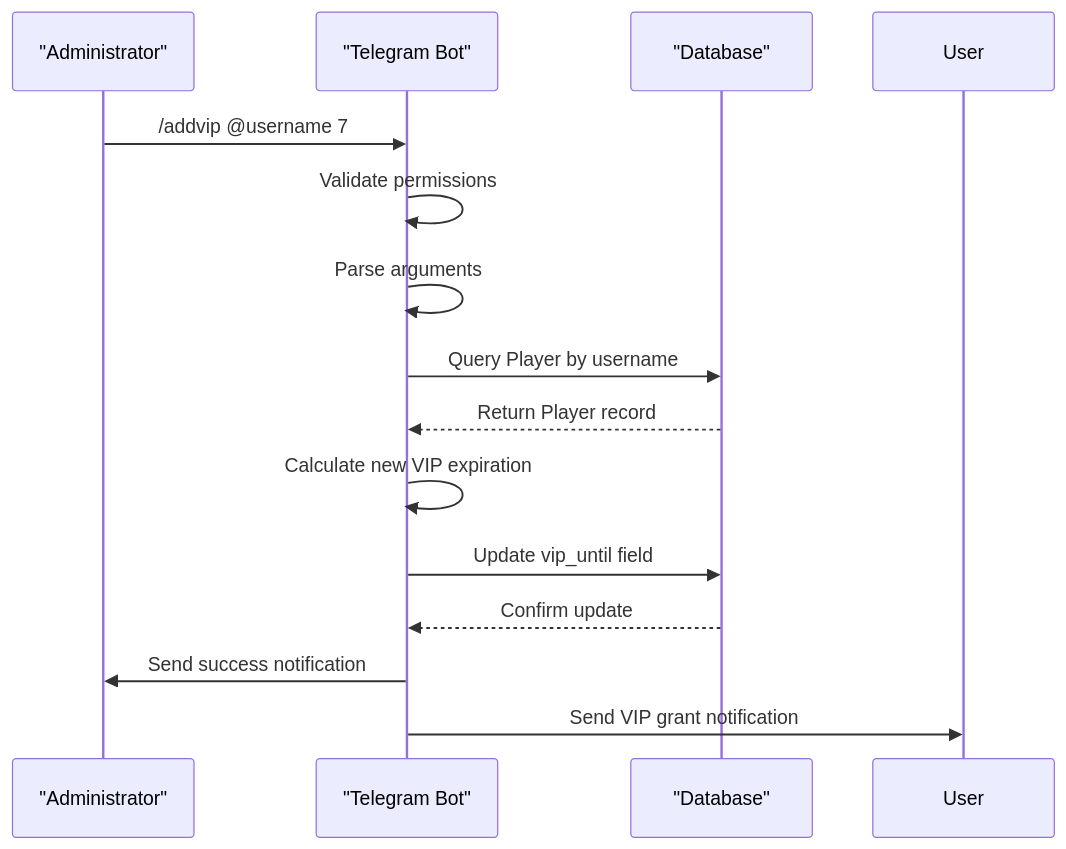
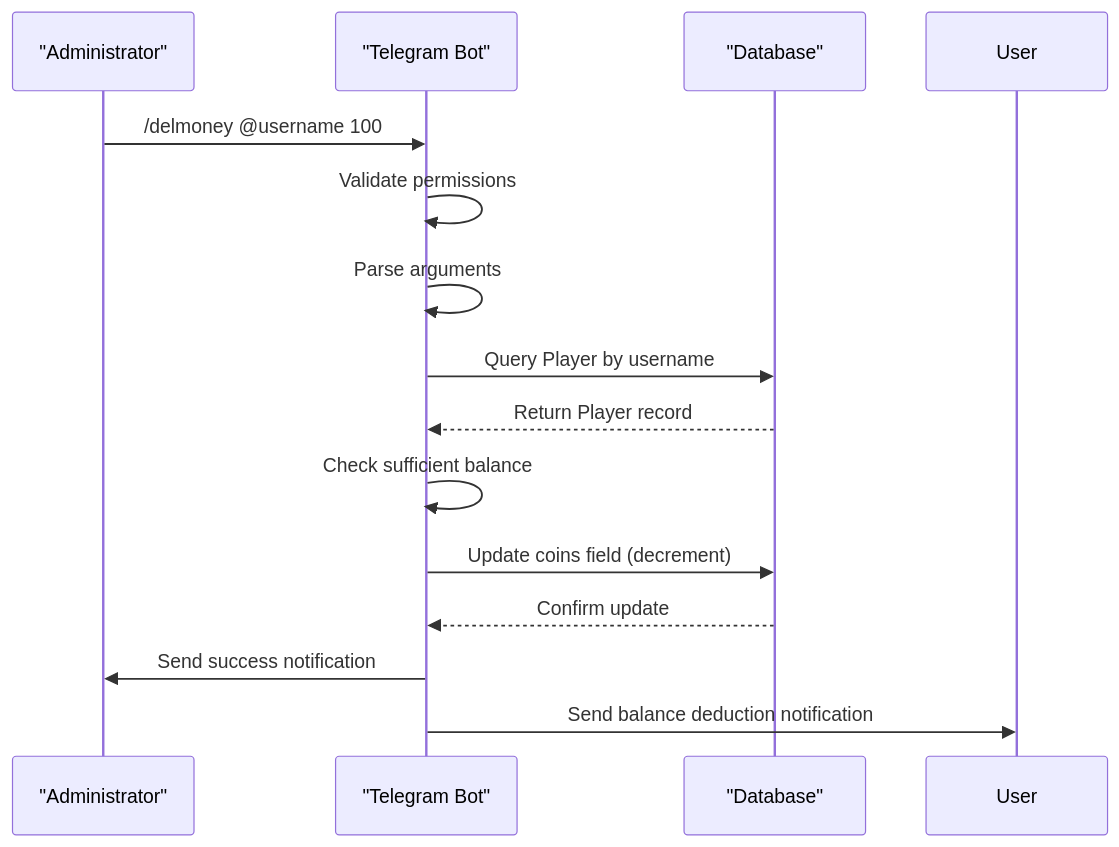
Before and after one commit to AntiLox12/RELOAD: the second of 5 diagrams in .qoder/repowiki/en/content/Administrative System/Administrative User Management.md, drawn with Mermaid. The commit also changed other lines of this file and 18 other files, not shown here.

First line of the commit message:
feat(admin): document and implement `/delmoney` coin deduction command

````diff
--- a/.qoder/repowiki/en/content/Administrative System/Administrative User Management.md
+++ b/.qoder/repowiki/en/content/Administrative System/Administrative User Management.md
@@ -49,16 +60,16 @@
 ```mermaid
 sequenceDiagram
 participant Admin as "Administrator"
 participant Bot as "Telegram Bot"
 participant DB as "Database"
-Admin->>Bot : /addvip @username 7
+Admin->>Bot : /delmoney @username 100
 Bot->>Bot : Validate permissions
 Bot->>Bot : Parse arguments
 Bot->>DB : Query Player by username
 DB-->>Bot : Return Player record
-Bot->>Bot : Calculate new VIP expiration
-Bot->>DB : Update vip_until field
+Bot->>Bot : Check sufficient balance
+Bot->>DB : Update coins field (decrement)
 DB-->>Bot : Confirm update
 Bot->>Admin : Send success notification
-Bot->>User : Send VIP grant notification
+Bot->>User : Send balance deduction notification
 ```
````
